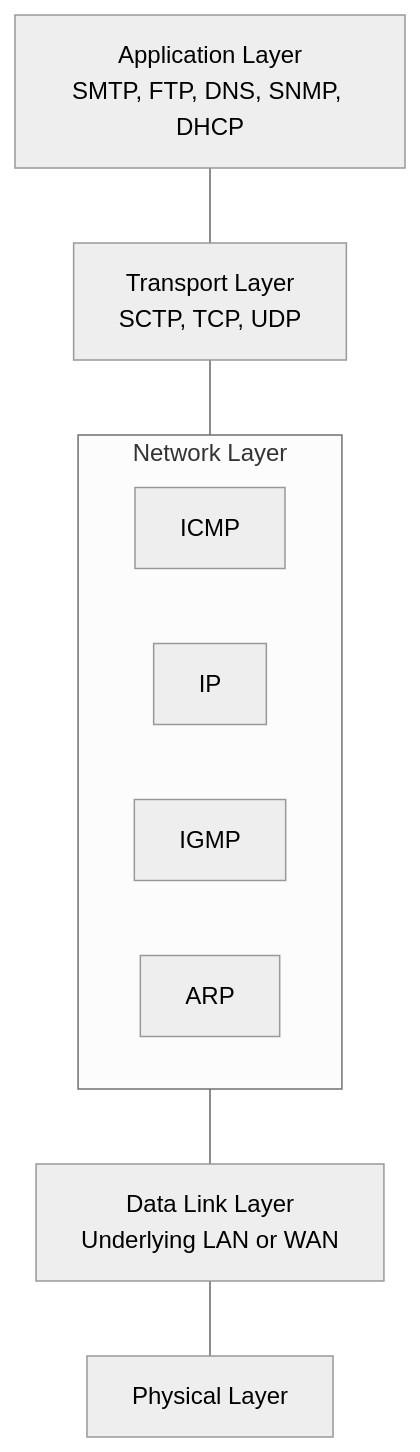
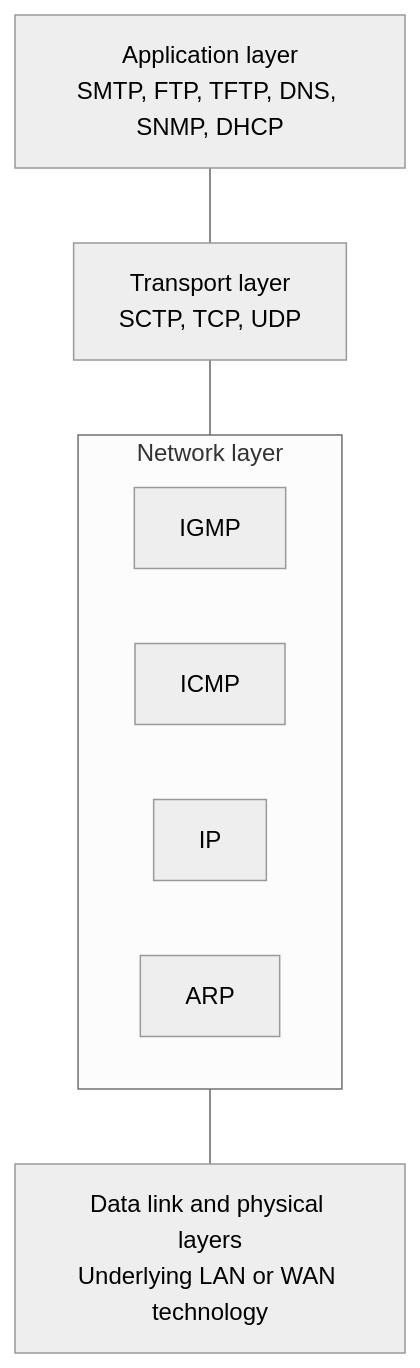
The first of 4 diagrams in Lecture-Notes/Ch11_Internet-Protocol-IPv4/Concepts_Lecture.md (Choroning/25Spring_Computer-Networks), drawn with Mermaid (neutral theme) before and after one commit. The commit also changed other lines of this file and 43 other files, not shown here.

First line of the commit message:
Write Part 4 (chapters 10-13) on the network layer data plane

````diff
--- a/Lecture-Notes/Ch11_Internet-Protocol-IPv4/Concepts_Lecture.md
+++ b/Lecture-Notes/Ch11_Internet-Protocol-IPv4/Concepts_Lecture.md
@@ -53,17 +79,15 @@
 ```mermaid
 graph TD
-    APP["Application Layer<br/>SMTP, FTP, DNS, SNMP, DHCP"]
-    TRN["Transport Layer<br/>SCTP, TCP, UDP"]
-    subgraph NET["Network Layer"]
+    APP["Application layer<br/>SMTP, FTP, TFTP, DNS, SNMP, DHCP"]
+    TRN["Transport layer<br/>SCTP, TCP, UDP"]
+    subgraph NET["Network layer"]
+        IGMP["IGMP"]
         ICMP["ICMP"]
         IP["IP"]
-        IGMP["IGMP"]
         ARP["ARP"]
     end
-    DL["Data Link Layer<br/>Underlying LAN or WAN"]
-    PHY["Physical Layer"]
+    DL["Data link and physical layers<br/>Underlying LAN or WAN technology"]
     APP --- TRN
     TRN --- NET
     NET --- DL
-    DL --- PHY
 ```
````
